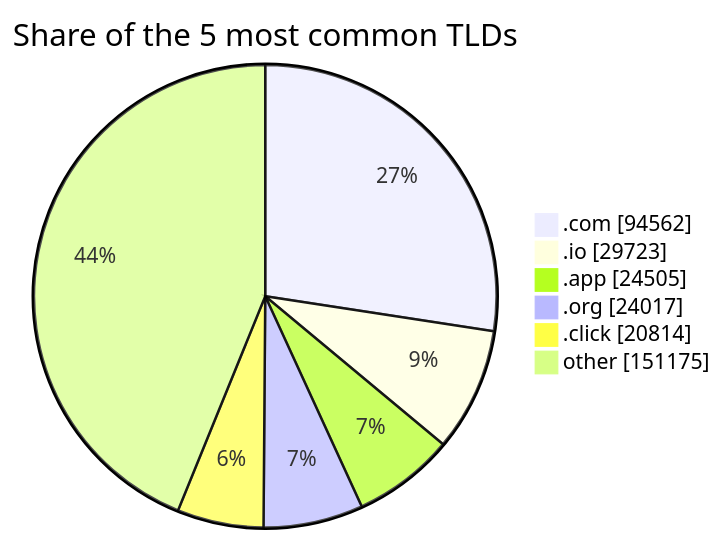
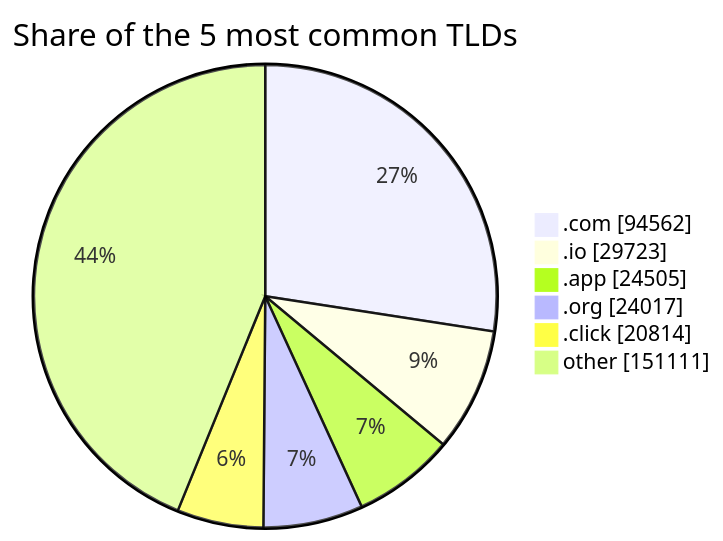
The third of 3 diagrams in README.md (DNSBunker/CTI), drawn with Mermaid before and after one commit. The commit also changed other lines of this file and 4 other files, not shown here.

````diff
--- a/README.md
+++ b/README.md
@@ -81,9 +81,9 @@
 ```mermaid
 pie showData title Share of the 5 most common TLDs
     ".com" : 94562
     ".io" : 29723
     ".app" : 24505
     ".org" : 24017
     ".click" : 20814
-    "other" : 151175
+    "other" : 151111
 ```
````
